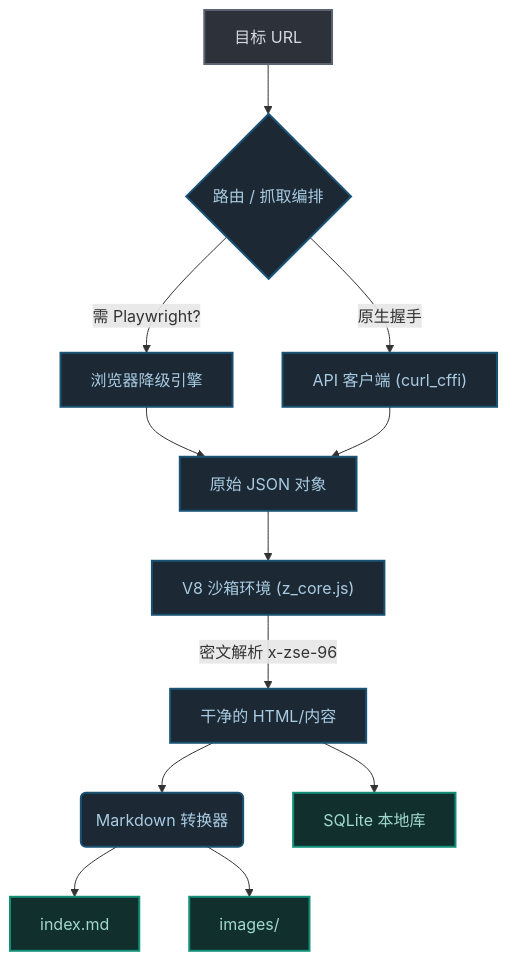
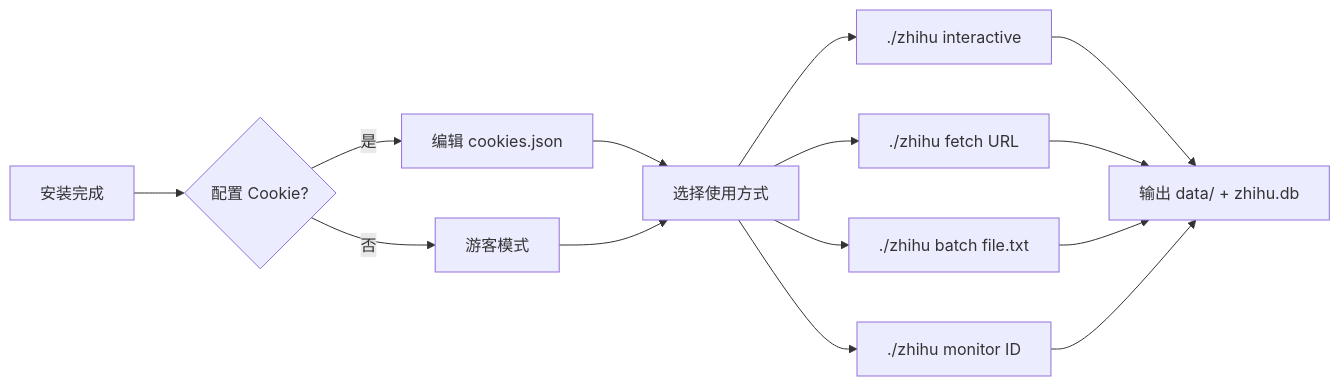
One commit to Arthurchen-01/zhihu-scraper changed the first of 3 diagrams in README.md. Above: the diagram before and after it, drawn with Mermaid. The commit also changed other lines of this file and 1 other file, not shown here.

First line of the commit message:
docs: Add Mermaid flowcharts to README (zh/en)

````diff
--- a/README.md
+++ b/README.md
@@ -289,23 +67,16 @@
 ```mermaid
-flowchart TD
-    %% 样式
-    classDef client fill:#2D3139,stroke:#5C6370,stroke-width:2px,color:#D7DAE0;
-    classDef process fill:#1C2833,stroke:#1A5276,stroke-width:2px,color:#A9CCE3;
-    classDef storage fill:#112F2C,stroke:#148F77,stroke-width:2px,color:#A2D9CE;
-
-    A[目标 URL]:::client --> B{"路由 / 抓取编排"}:::process
-    B -->|需 Playwright?| C[浏览器降级引擎]:::process
-    B -->|原生握手| D["API 客户端 (curl_cffi)"]:::process
-    
-    C --> E[原始 JSON 对象]:::process
+flowchart LR
+    A[安装完成] --> B{配置 Cookie?}
+    B -->|是| C[编辑 cookies.json]
+    B -->|否| D[游客模式]
+    C --> E[选择使用方式]
     D --> E
-    
-    E --> F["V8 沙箱环境 (z_core.js)"]:::process
-    F -->|密文解析 x-zse-96| G[干净的 HTML/内容]:::process
-    
-    G --> H(Markdown 转换器):::process
-    G --> I[SQLite 本地库]:::storage
-    
-    H --> J[index.md]:::storage
-    H --> K[images/]:::storage
+    E --> F[./zhihu interactive]
+    E --> G[./zhihu fetch URL]
+    E --> H[./zhihu batch file.txt]
+    E --> I[./zhihu monitor ID]
+    F --> J[输出 data/ + zhihu.db]
+    G --> J
+    H --> J
+    I --> J
 ```
````
